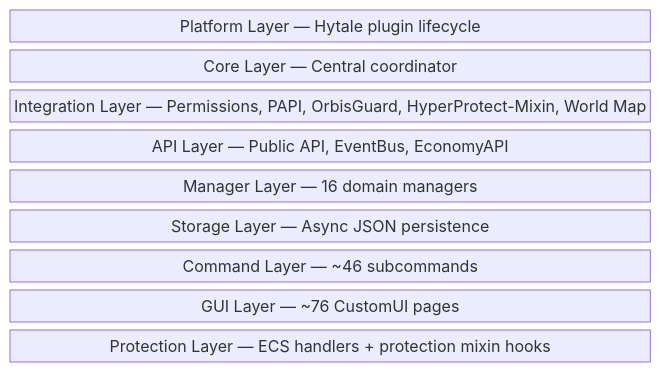
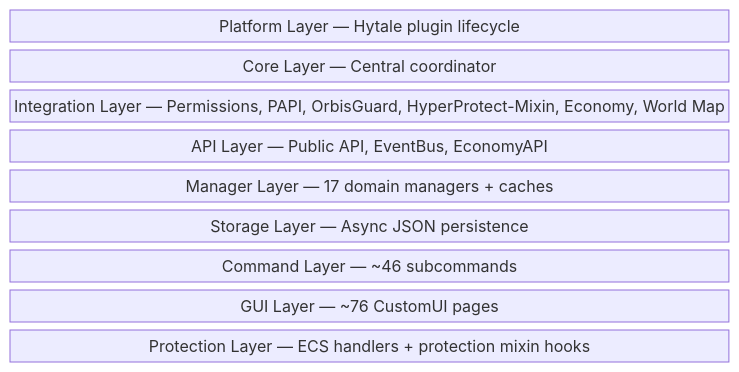
Before and after one commit to HyperSystems-Development/HyperFactions: the diagram in docs/architecture.md, drawn with Mermaid. The commit also changed other lines of this file and 19 other files, not shown here.

````diff
--- a/docs/architecture.md
+++ b/docs/architecture.md
@@ -9,13 +9,13 @@
 ```mermaid
 block-beta
     columns 1
     A["Platform Layer — Hytale plugin lifecycle"]
     B["Core Layer — Central coordinator"]
-    C["Integration Layer — Permissions, PAPI, OrbisGuard, HyperProtect-Mixin, World Map"]
+    C["Integration Layer — Permissions, PAPI, OrbisGuard, HyperProtect-Mixin, Economy, World Map"]
     D["API Layer — Public API, EventBus, EconomyAPI"]
-    E["Manager Layer — 16 domain managers"]
+    E["Manager Layer — 17 domain managers + caches"]
     F["Storage Layer — Async JSON persistence"]
     G["Command Layer — ~46 subcommands"]
     H["GUI Layer — ~76 CustomUI pages"]
     I["Protection Layer — ECS handlers + protection mixin hooks"]
 ```
````
